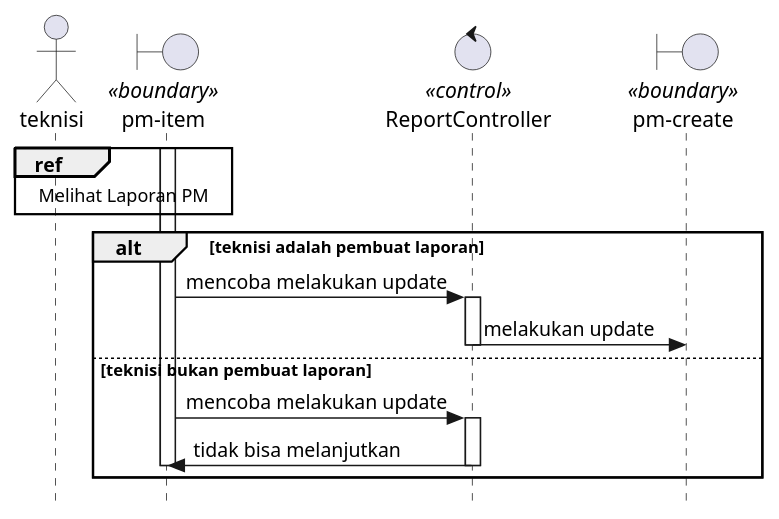
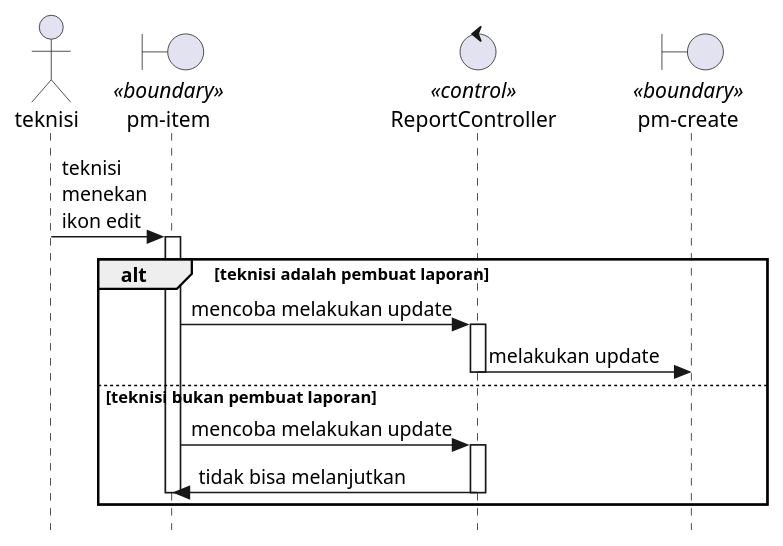
Before and after one commit to KPL-slur/eec-sifse-fixed: the first of 2 diagrams in Docs/diagrams/sequence/PmAuthz.plantuml, drawn with PlantUML. The commit also changed other lines of this file and 19 other files, not shown here.

```diff
--- a/Docs/diagrams/sequence/PmAuthz.plantuml
+++ b/Docs/diagrams/sequence/PmAuthz.plantuml
@@ -1,29 +1,28 @@
 @startuml pmAuthzUpdate
 
 skinparam style strictuml
 
 actor teknisi
 boundary "pm-item" as pmItem <<boundary>>
 control ReportController <<control>>
 boundary "pm-create" as pmCreate <<boundary>>
 
-ref over teknisi, pmItem : Melihat Laporan PM
-
-activate pmItem
+teknisi -> pmItem : teknisi\nmenekan\nikon edit
+    activate pmItem
 alt teknisi adalah pembuat laporan 
     pmItem -> ReportController : mencoba melakukan update
         activate ReportController
 
     ReportController -> pmCreate : melakukan update
         deactivate ReportController
 
 else teknisi bukan pembuat laporan
     pmItem -> ReportController : mencoba melakukan update
         activate ReportController
 
     ReportController -> pmItem : tidak bisa melanjutkan
         deactivate ReportController
         deactivate pmItem
 end
 
 @enduml
```
